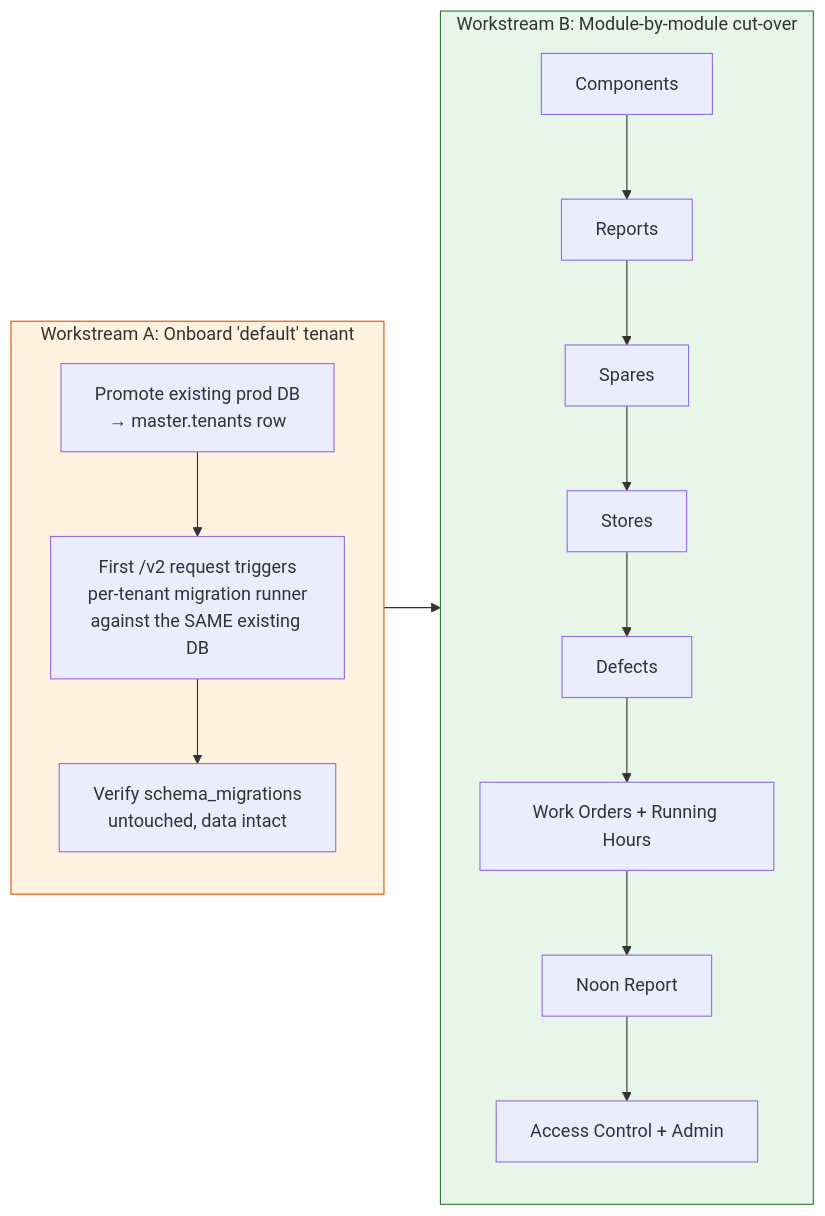
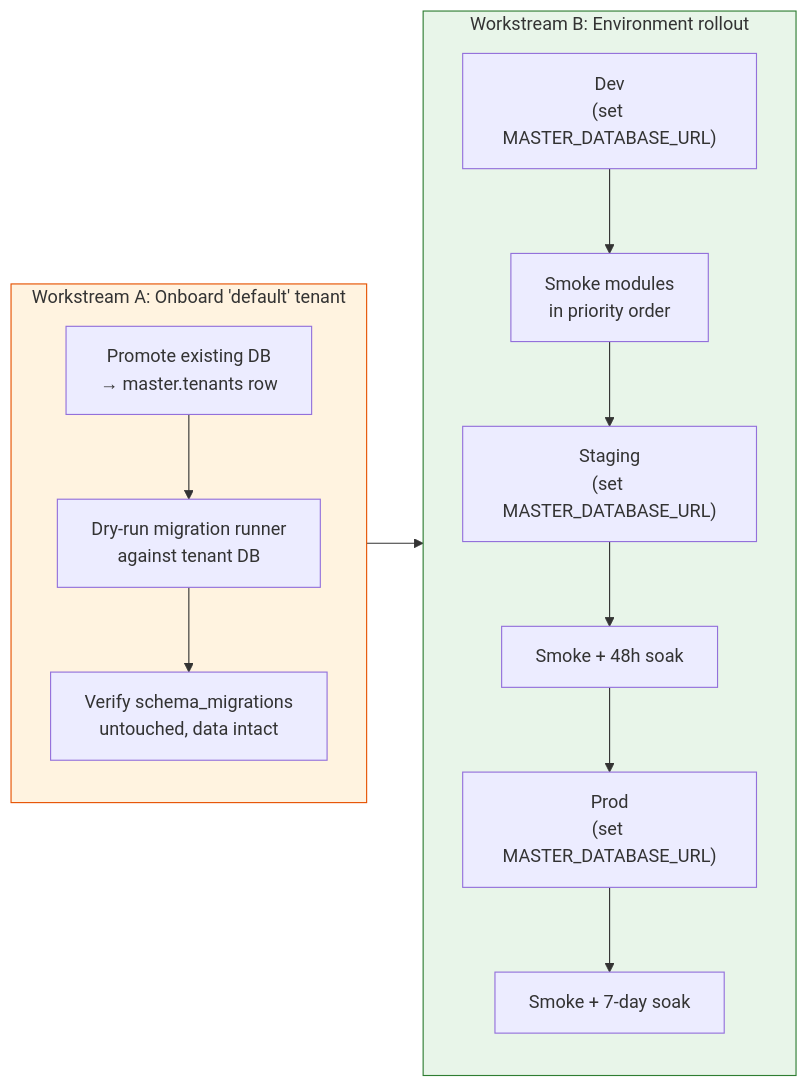
One commit to safe-lanes/TechnicalMoudle changed the diagram in docs/multi-tenant/Phase-4-Migrations-Cutover.md. Above: the diagram before and after it, drawn with Mermaid. The commit also changed other lines of this file and 5 other files, not shown here.

````diff
--- a/docs/multi-tenant/Phase-4-Migrations-Cutover.md
+++ b/docs/multi-tenant/Phase-4-Migrations-Cutover.md
@@ -15,18 +18,21 @@
 ```mermaid
 flowchart LR
     subgraph WS1["Workstream A: Onboard 'default' tenant"]
-        A1["Promote existing prod DB<br/>→ master.tenants row"]
-        A2["First /v2 request triggers<br/>per-tenant migration runner<br/>against the SAME existing DB"]
+        A1["Promote existing DB<br/>→ master.tenants row"]
+        A2["Dry-run migration runner<br/>against tenant DB"]
         A3["Verify schema_migrations<br/>untouched, data intact"]
         A1 --> A2 --> A3
     end
-    subgraph WS2["Workstream B: Module-by-module cut-over"]
-        B1["Components"] --> B2["Reports"] --> B3["Spares"]
-        B3 --> B4["Stores"] --> B5["Defects"]
-        B5 --> B6["Work Orders + Running Hours"]
-        B6 --> B7["Noon Report"] --> B8["Access Control + Admin"]
+    subgraph WS2["Workstream B: Environment rollout"]
+        B1["Dev<br/>(set MASTER_DATABASE_URL)"]
+        B2["Smoke modules<br/>in priority order"]
+        B3["Staging<br/>(set MASTER_DATABASE_URL)"]
+        B4["Smoke + 48h soak"]
+        B5["Prod<br/>(set MASTER_DATABASE_URL)"]
+        B6["Smoke + 7-day soak"]
+        B1 --> B2 --> B3 --> B4 --> B5 --> B6
     end
     WS1 --> WS2
     style WS1 fill:#fff3e0,stroke:#e65100
     style WS2 fill:#e8f5e9,stroke:#2e7d32
 ```
````
